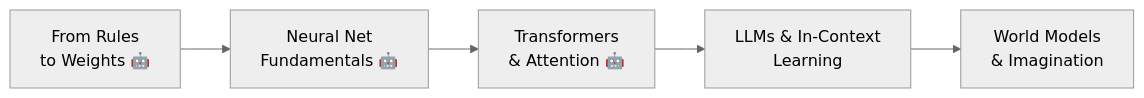
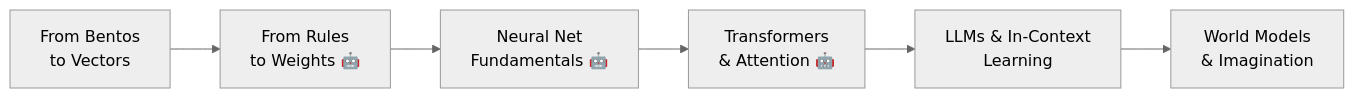
One commit to josephausterweil/probintro changed the diagram in content/deep/_index.md. Above: the diagram before and after it, drawn with Mermaid (neutral theme). The commit also changed other lines of this file and 7 other files, not shown here.

````diff
--- a/content/deep/_index.md
+++ b/content/deep/_index.md
@@ -19,7 +19,8 @@
 ```mermaid
 graph LR
-    A[From Rules<br>to Weights 🤖] --> B[Neural Net<br>Fundamentals 🤖]
+    V[From Bentos<br>to Vectors] --> A[From Rules<br>to Weights 🤖]
+    A --> B[Neural Net<br>Fundamentals 🤖]
     B --> C[Transformers<br>& Attention 🤖]
     C --> D[LLMs & In-Context<br>Learning]
     D --> E[World Models<br>& Imagination]
 ```
````
